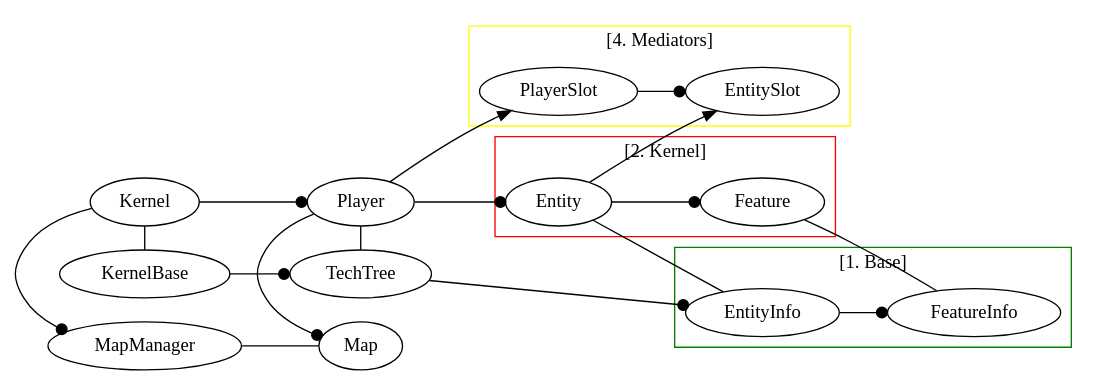
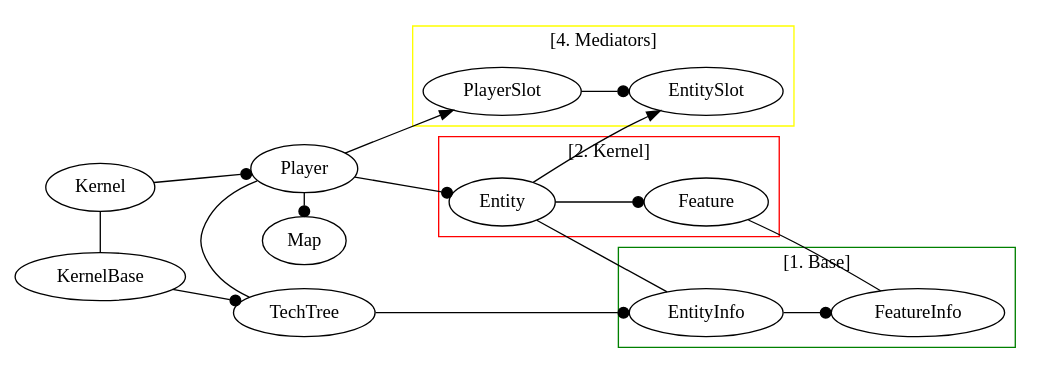
One commit to Akela1101/strategix changed the diagram in docs/dot_diagrams/Strategix.dot. Above: the diagram before and after it, drawn with Graphviz. The commit also changed 44 other files, not shown here.

```diff
--- a/docs/dot_diagrams/Strategix.dot
+++ b/docs/dot_diagrams/Strategix.dot
@@ -1,51 +1,49 @@
 digraph G 
 {
 	rankdir = LR;
 
 	subgraph cluster2
 	{
 		label = "[3. Maps]"
-		color = blue;		
-		MapManager -> Map [arrowhead = none]
+		color = blue;
 	}
 
 	subgraph cluster3
 	{
 		label = "[4. Mediators]"
 		color = yellow;		
 		PlayerSlot -> EntitySlot [arrowhead = dot]
 	}
 
 	subgraph cluster0
 	{
 		label = "[2. Kernel]"
 		color = red;
 		Kernel -> Player [arrowhead = dot]
 		Player -> Entity [arrowhead = dot]
 		Entity -> Feature [arrowhead = dot]
 	}
 	
 	subgraph cluster1
 	{
 		label = "[1. Base]"
 		color = green;		
 		KernelBase -> TechTree [arrowhead = dot]
 		TechTree -> EntityInfo [arrowhead = dot]
 		EntityInfo -> FeatureInfo [arrowhead = dot]
 	}
-	
-	Kernel -> MapManager [arrowhead = dot]
+
 	Kernel -> KernelBase [arrowhead = none]
 	
 	Player -> PlayerSlot
 	Player -> TechTree [arrowhead = none]
 	Player -> Map [arrowhead = dot]
 	
 	Entity -> EntitySlot
 	Entity -> EntityInfo [arrowhead = none]
 
 	Feature -> FeatureInfo [arrowhead = none]
 	
-	{rank = same; Kernel; KernelBase; MapManager;}
+	{rank = same; Kernel; KernelBase;}
 	{rank = same; Player; Map; TechTree}
 }
```
